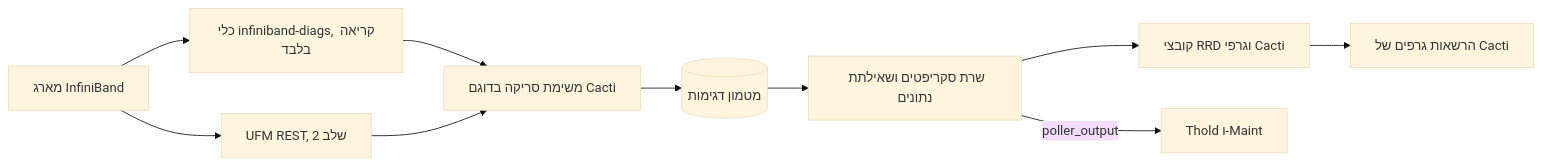
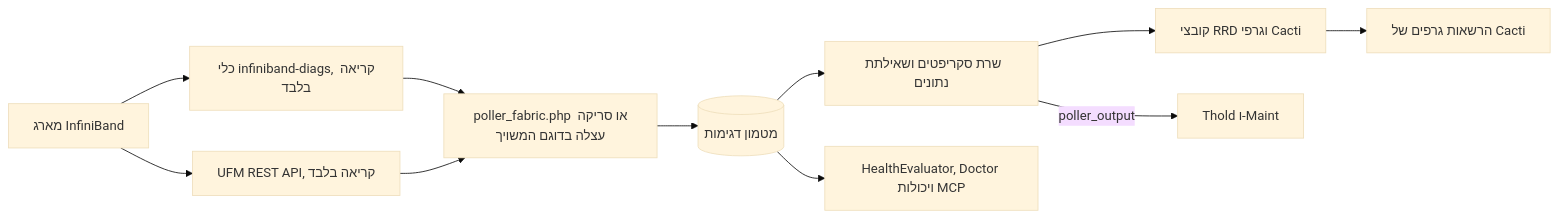
The diagram in docs/i18n/he-IL/README.md (somethingwithproof/plugin_fabric), drawn with Mermaid (base theme) before and after one commit. The commit also changed other lines of this file and 48 other files, not shown here.

````diff
--- a/docs/i18n/he-IL/README.md
+++ b/docs/i18n/he-IL/README.md
@@ -102,12 +132,13 @@
 ```mermaid
 flowchart LR
     F["מארג InfiniBand"] --> T["כלי infiniband-diags, קריאה בלבד"]
-    F --> U["UFM REST, שלב 2"]
-    T --> S["משימת סריקה בדוגם Cacti"]
+    F --> U["UFM REST API, קריאה בלבד"]
+    T --> S["poller_fabric.php או סריקה עצלה בדוגם המשויך"]
     U --> S
     S --> C[("מטמון דגימות")]
     C --> SS["שרת סקריפטים ושאילתת נתונים"]
     SS --> R["קובצי RRD וגרפי Cacti"]
     SS -->|poller_output| TH["Thold ו-Maint"]
+    C --> H["HealthEvaluator, Doctor ויכולות MCP"]
     R --> P["הרשאות גרפים של Cacti"]
 ```
````
